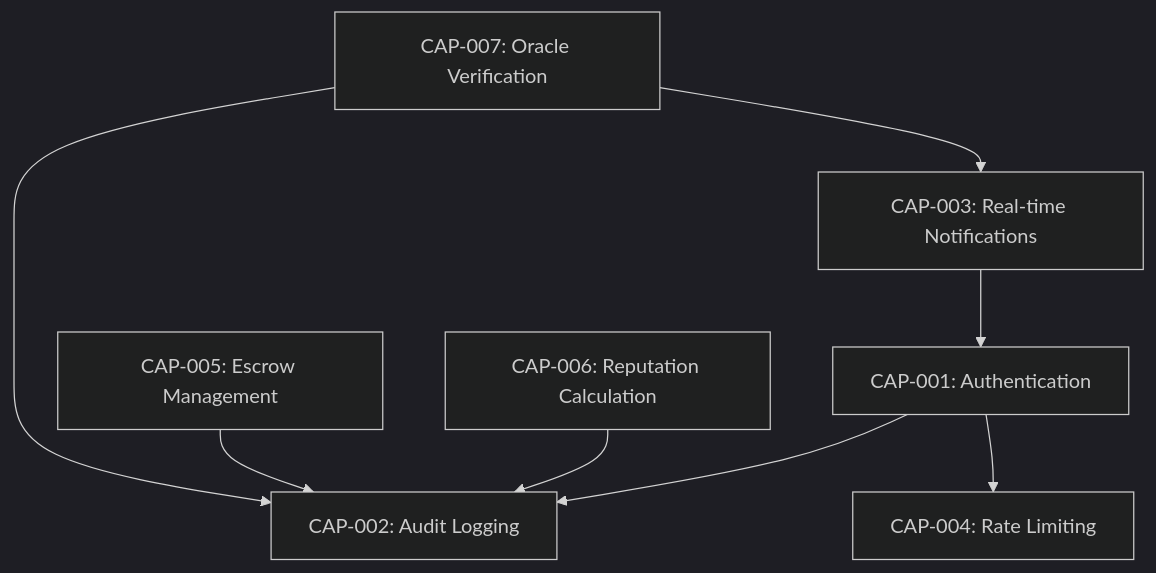
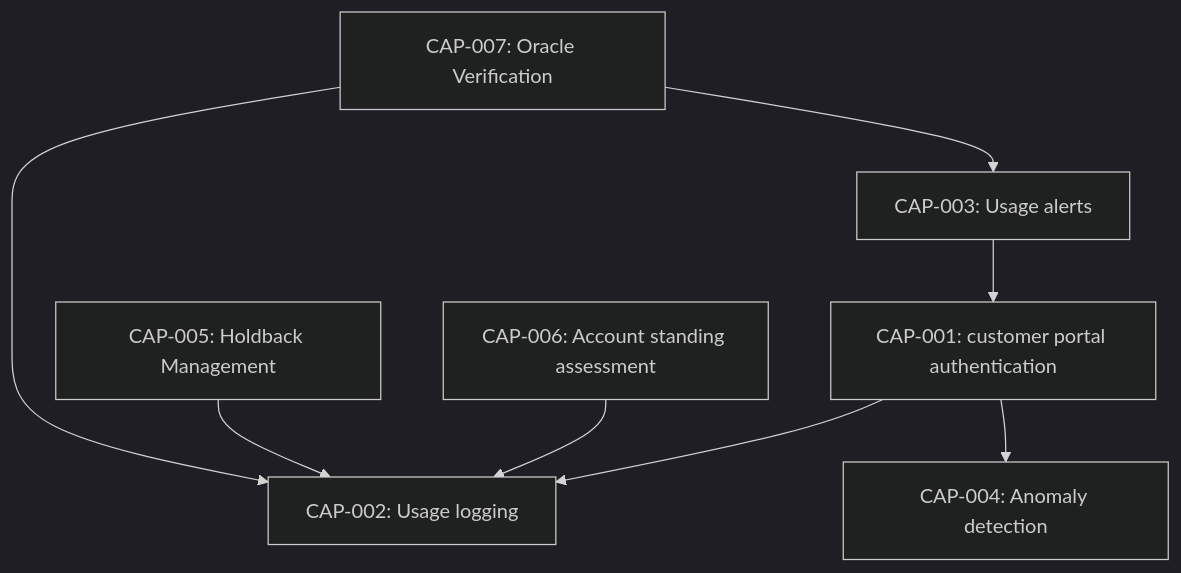
Before and after one commit to esimplicityinc/water-demo: the second of 2 diagrams in docs/capabilities/index.md, drawn with Mermaid (dark theme). The commit also changed other lines of this file and 12 other files, not shown here.

````diff
--- a/docs/capabilities/index.md
+++ b/docs/capabilities/index.md
@@ -67,10 +67,10 @@
 ```mermaid
 graph TD
-    CAP001[CAP-001: Authentication] --> CAP002[CAP-002: Audit Logging]
-    CAP001 --> CAP004[CAP-004: Rate Limiting]
-    CAP003[CAP-003: Real-time Notifications] --> CAP001
-    CAP005[CAP-005: Escrow Management] --> CAP002
-    CAP006[CAP-006: Reputation Calculation] --> CAP002
+    CAP001[CAP-001: customer portal authentication] --> CAP002[CAP-002: Usage logging]
+    CAP001 --> CAP004[CAP-004: Anomaly detection]
+    CAP003[CAP-003: Usage alerts] --> CAP001
+    CAP005[CAP-005: Holdback Management] --> CAP002
+    CAP006[CAP-006: Account standing assessment] --> CAP002
     CAP007[CAP-007: Oracle Verification] --> CAP002
     CAP007 --> CAP003
 ```
````
